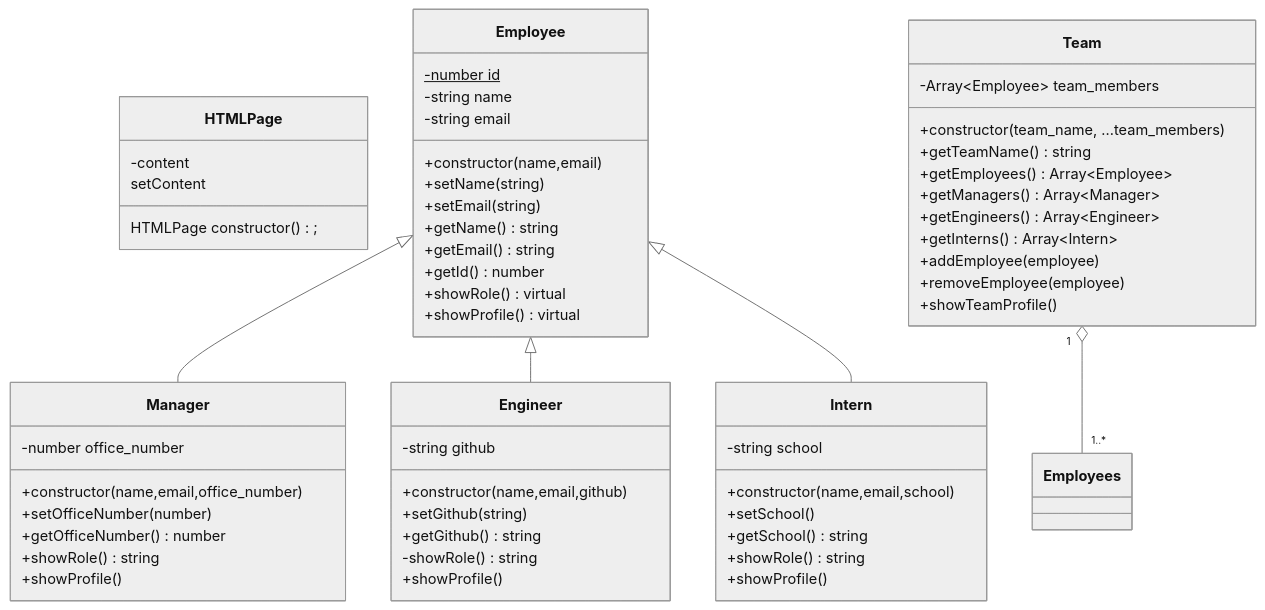
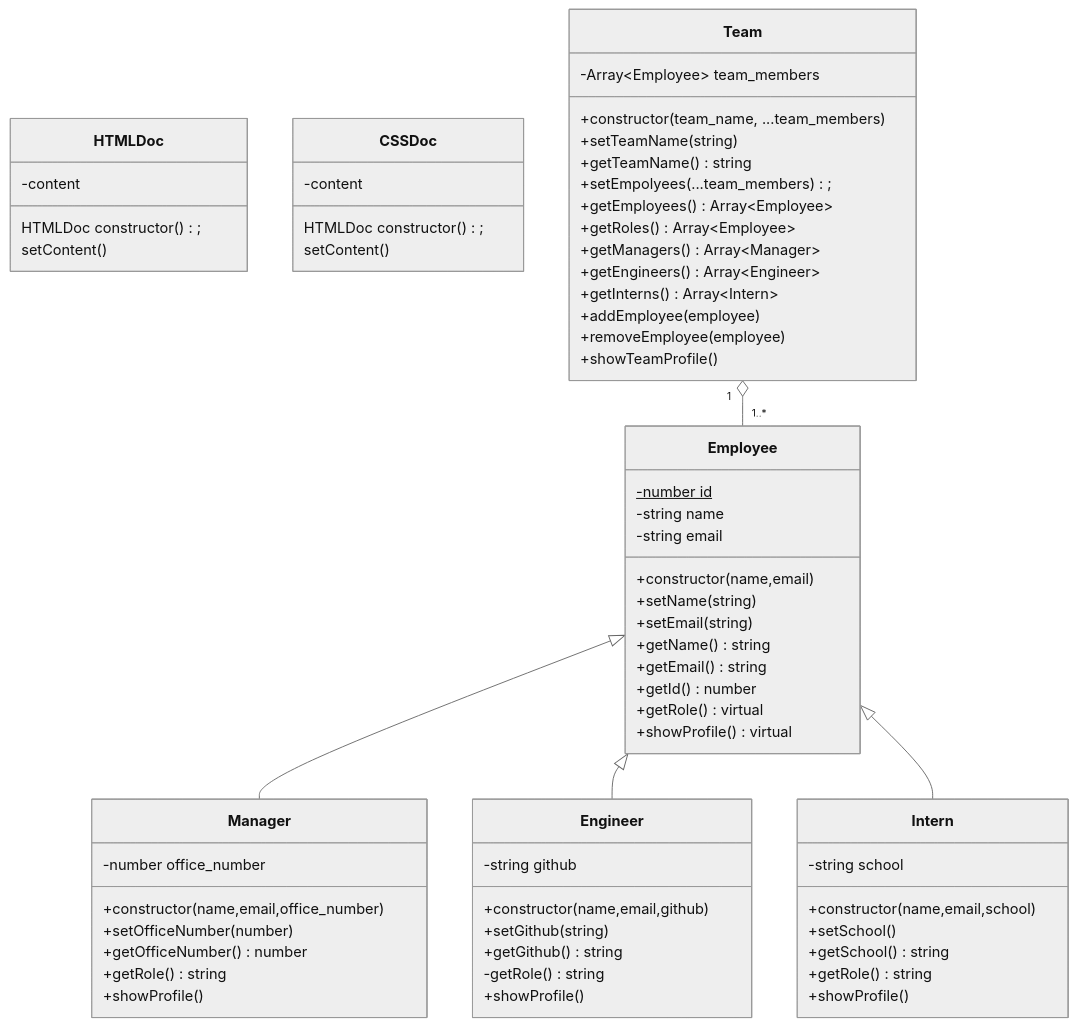
The first of 2 diagrams in README.md (jrcharney/team-profile-generator), drawn with Mermaid (neutral theme) before and after one commit. The commit also changed other lines of this file and 5 other files, not shown here.

````diff
--- a/README.md
+++ b/README.md
@@ -70,68 +72,77 @@
 ```mermaid
 classDiagram
 
-class HTMLPage {
+class HTMLDoc {
   -content
-  HTMLPage constructor();
-  setContent
+  HTMLDoc constructor();
+  setContent()
+}
+
+class CSSDoc {
+  -content
+  HTMLDoc constructor();
+  setContent()
 }
 
 class Employee {
   -number id$
   -string name
   -string email
   +constructor(name,email)
   +setName(string)
   +setEmail(string)
   +getName() string
   +getEmail() string
   +getId() number
-  +showRole() virtual
+  +getRole() virtual
   +showProfile() virtual
 }
 
 class Manager {
   -number office_number
   +constructor(name,email,office_number)
   +setOfficeNumber(number)
   +getOfficeNumber() number
-  +showRole() string
+  +getRole() string
   +showProfile()
 }
 
 class Engineer {
   -string github
   +constructor(name,email,github)
   +setGithub(string)
   +getGithub() string
-  -showRole() string
+  -getRole() string
   +showProfile()
 }
 
 class Intern {
   -string school
   +constructor(name,email,school)
   +setSchool()
   +getSchool() string
-  +showRole() string
+  +getRole() string
   +showProfile()
 }
 
 class Team {
  -Array~Employee~ team_members
  +constructor(team_name, ...team_members)
+ +setTeamName(string)
  +getTeamName() string
+ +setEmpolyees(...team_members);
  +getEmployees() Array~Employee~
+ +getRoles() Array~Employee~
  +getManagers()  Array~Manager~
  +getEngineers() Array~Engineer~
  +getInterns() Array~Intern~
  +addEmployee(employee)
  +removeEmployee(employee)
  +showTeamProfile()
 }
 
 Employee <|-- Manager
 Employee <|-- Engineer
 Employee <|-- Intern
-Team "1" o-- "1..*" Employees
+Team "1" o-- "1..*" Employee
 ```
````
